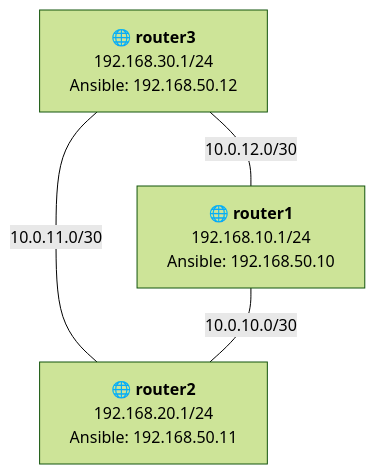
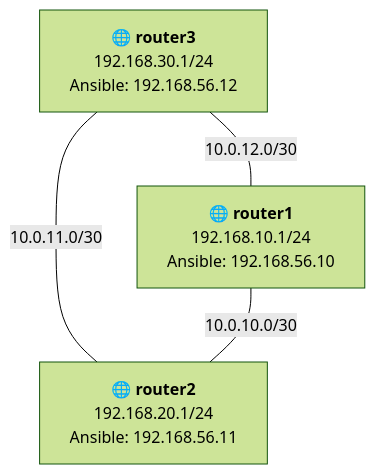
One commit to mrAlexbody/otus_linux-pro-2025-08 changed the diagram in 22_OSPF/README.md. Above: the diagram before and after it, drawn with Mermaid (forest theme). The commit also changed other lines of this file, not shown here.

````diff
--- a/22_OSPF/README.md
+++ b/22_OSPF/README.md
@@ -29,11 +29,11 @@
 ```mermaid
 graph TD
-    R1["🌐 <b>router1</b><br/>192.168.10.1/24<br/>Ansible: 192.168.50.10"]
-    R2["🌐 <b>router2</b><br/>192.168.20.1/24<br/>Ansible: 192.168.50.11"]
-    R3["🌐 <b>router3</b><br/>192.168.30.1/24<br/>Ansible: 192.168.50.12"]
+    R1["🌐 <b>router1</b><br/>192.168.10.1/24<br/>Ansible: 192.168.56.10"]
+    R2["🌐 <b>router2</b><br/>192.168.20.1/24<br/>Ansible: 192.168.56.11"]
+    R3["🌐 <b>router3</b><br/>192.168.30.1/24<br/>Ansible: 192.168.56.12"]
 
     R3 ---|10.0.12.0/30| R1
     R3 ---|10.0.11.0/30| R2
     R1 ---|10.0.10.0/30| R2
 
 ```
````
